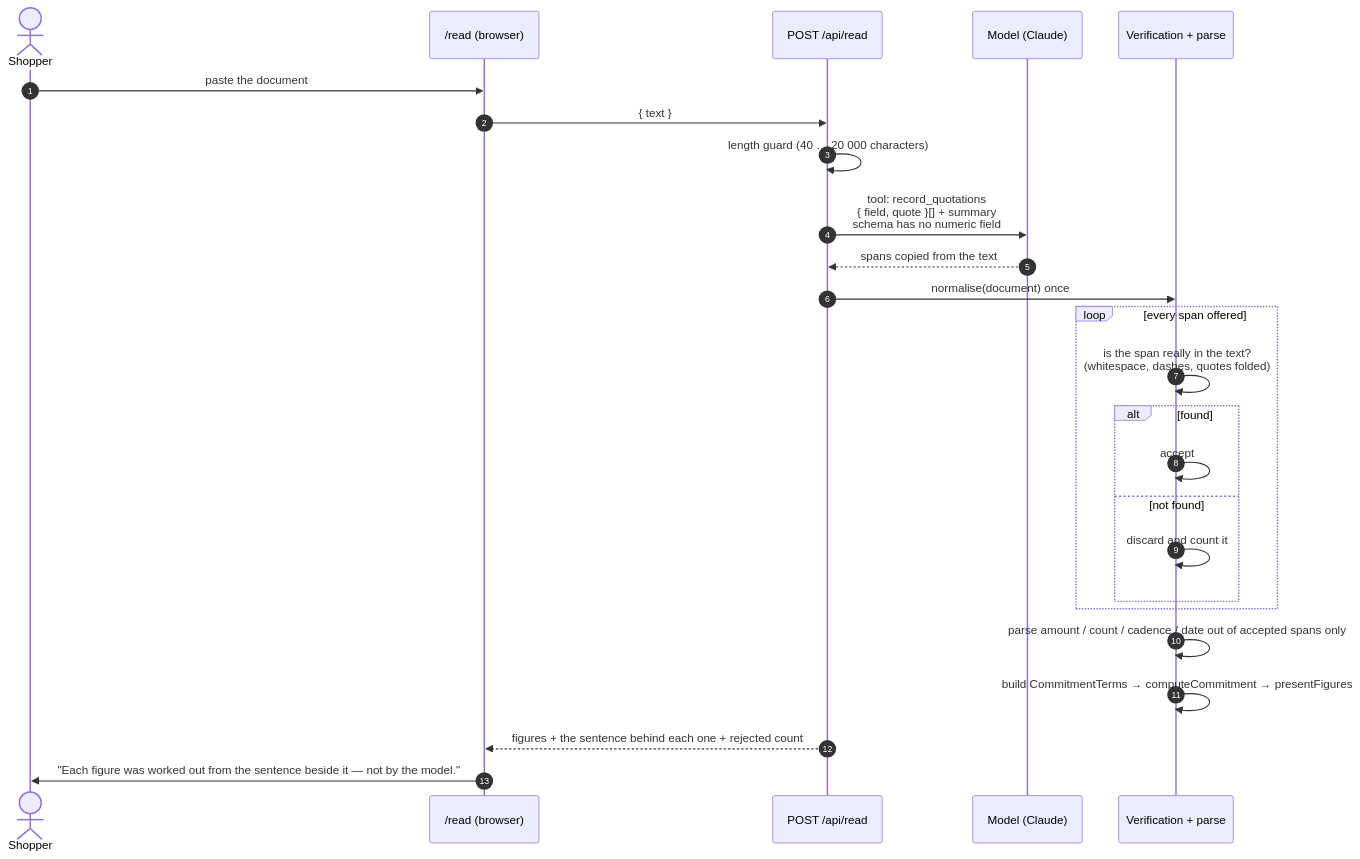
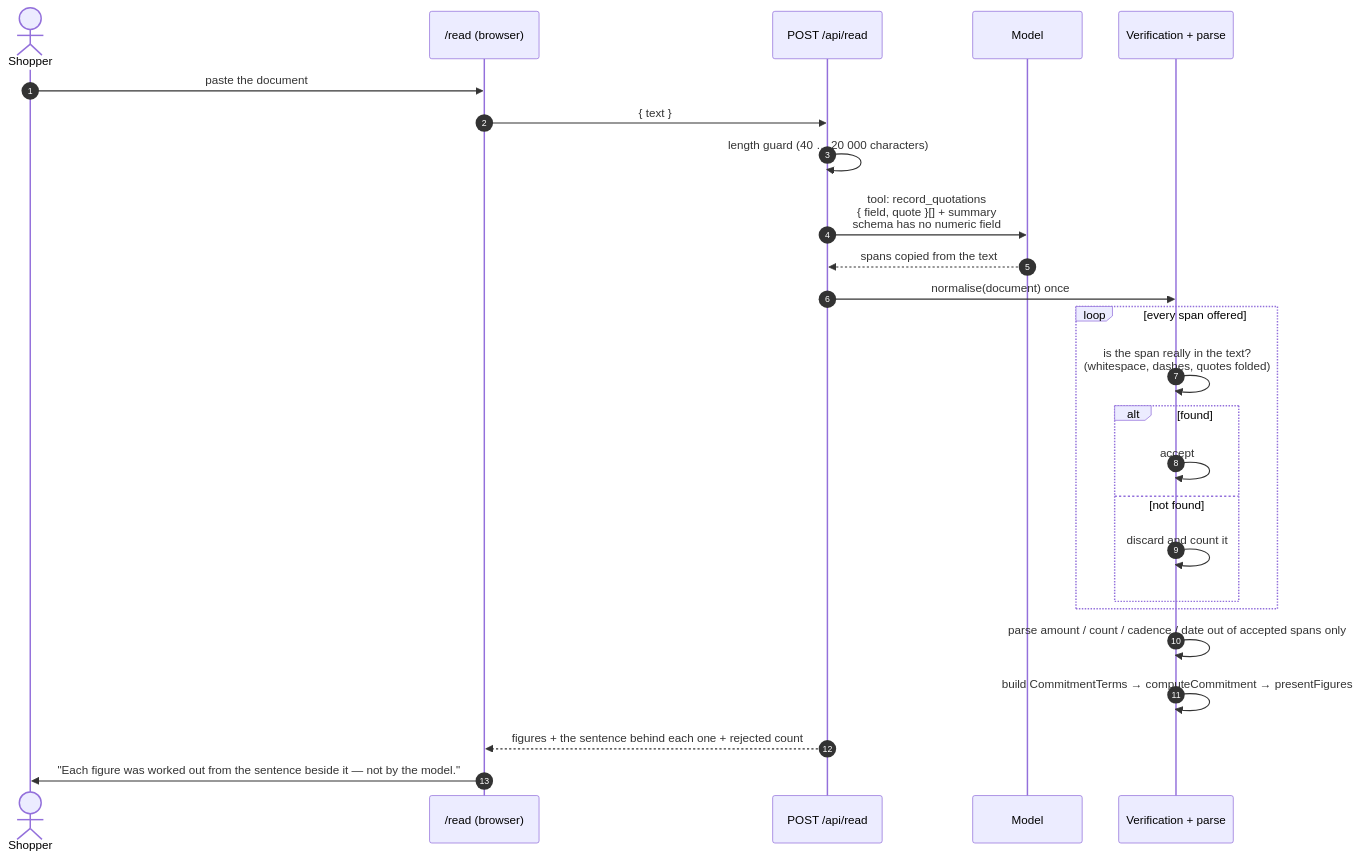
The fourth of 5 diagrams in docs/universal-commitment-companion/flows.md (CipherCracked/reckon-paypal), drawn with Mermaid before and after one commit. The commit also changed other lines of this file and 25 other files, not shown here.

````diff
--- a/docs/universal-commitment-companion/flows.md
+++ b/docs/universal-commitment-companion/flows.md
@@ -93,29 +93,29 @@
 ```mermaid
 sequenceDiagram
     autonumber
     actor S as Shopper
     participant R as /read (browser)
     participant API as POST /api/read
-    participant AI as Model (Claude)
+    participant AI as Model
     participant V as Verification + parse
 
     S->>R: paste the document
     R->>API: { text }
     API->>API: length guard (40 … 20 000 characters)
     API->>AI: tool: record_quotations<br/>{ field, quote }[] + summary<br/>schema has no numeric field
     AI-->>API: spans copied from the text
 
     API->>V: normalise(document) once
     loop every span offered
         V->>V: is the span really in the text?<br/>(whitespace, dashes, quotes folded)
         alt found
             V->>V: accept
         else not found
             V->>V: discard and count it
         end
     end
     V->>V: parse amount / count / cadence / date out of accepted spans only
     V->>V: build CommitmentTerms → computeCommitment → presentFigures
     API-->>R: figures + the sentence behind each one + rejected count
     R->>S: "Each figure was worked out from the sentence beside it — not by the model."
 ```
````
